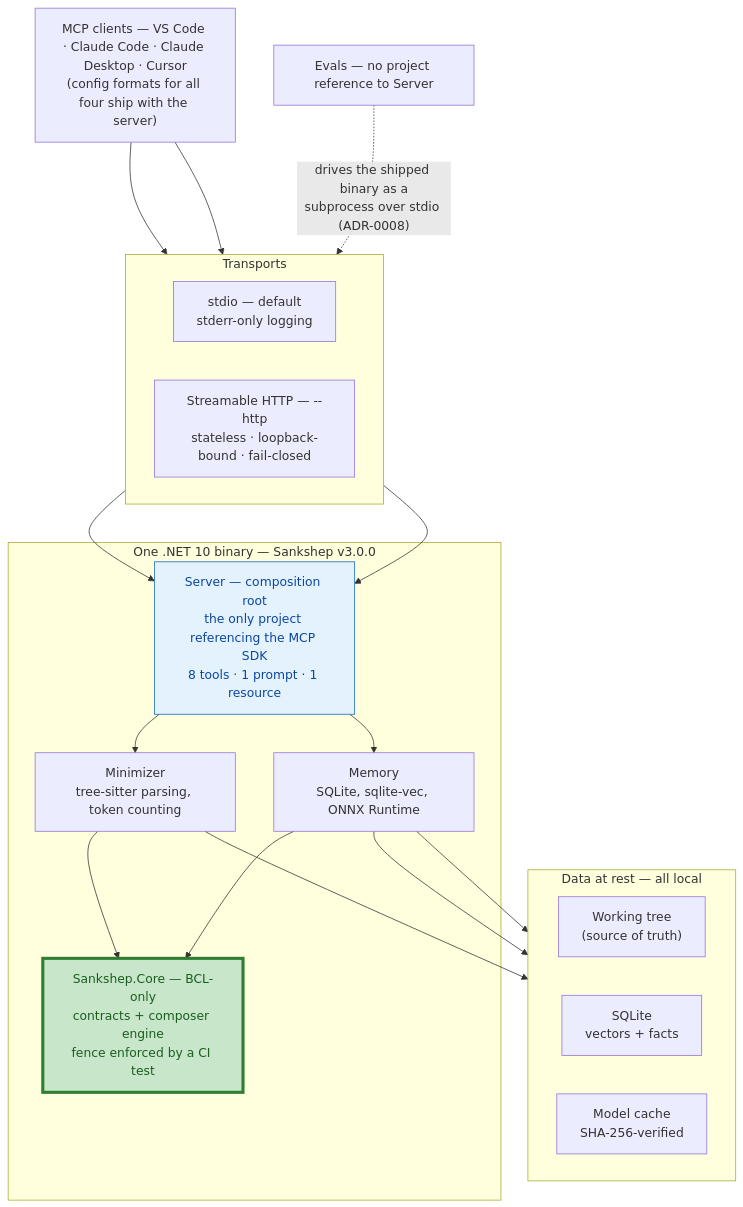
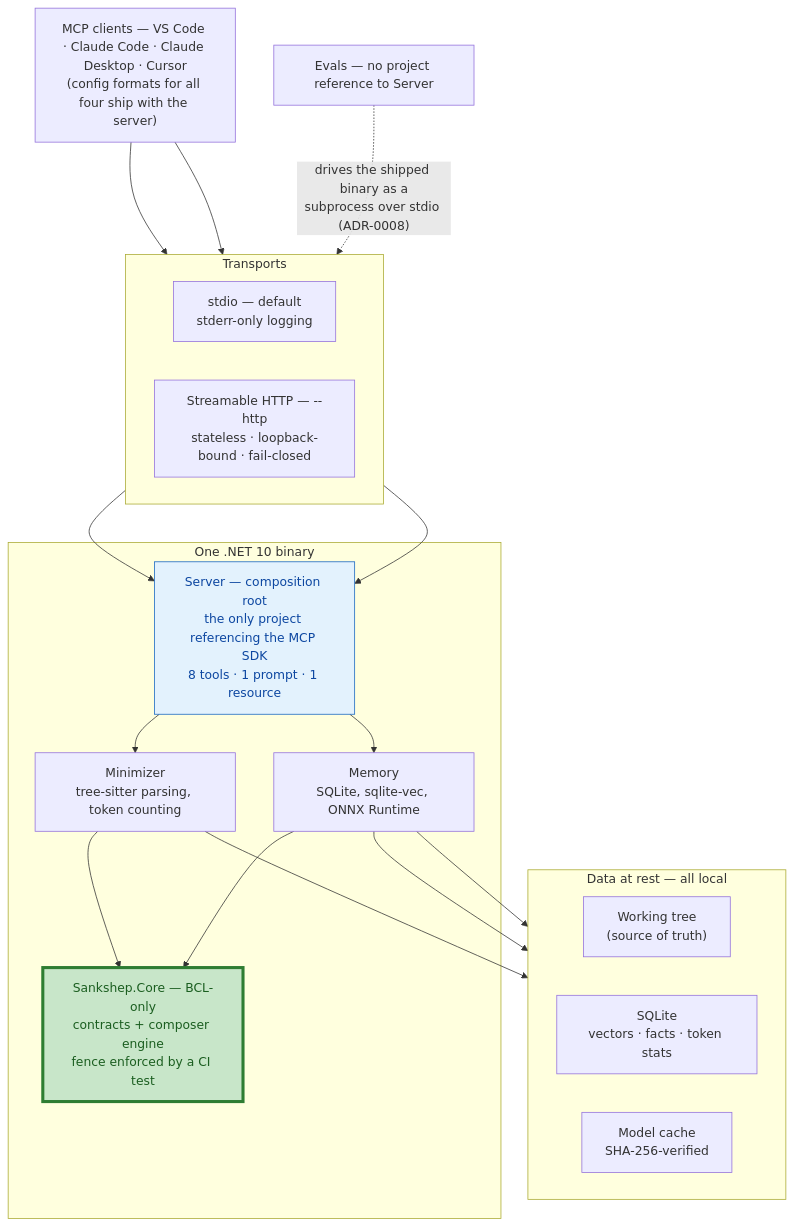
Before and after one commit to nitinpawar28/AI-learn: the first of 3 diagrams in docs/part5-capstone/architecture.md, drawn with Mermaid. The commit also changed other lines of this file and 8 other files, not shown here.

````diff
--- a/docs/part5-capstone/architecture.md
+++ b/docs/part5-capstone/architecture.md
@@ -23,39 +23,39 @@
 ```mermaid
 flowchart TB
     IDE["MCP clients — VS Code · Claude Code · Claude Desktop · Cursor<br/>(config formats for all four ship with the server)"]
     subgraph TRANS["Transports"]
         direction LR
         STDIO["stdio — default<br/>stderr-only logging"]
         HTTP["Streamable HTTP — --http<br/>stateless · loopback-bound · fail-closed"]
     end
-    subgraph BIN["One .NET 10 binary — Sankshep v3.0.0"]
+    subgraph BIN["One .NET 10 binary"]
         SRV["Server — composition root<br/>the only project referencing the MCP SDK<br/>8 tools · 1 prompt · 1 resource"]
         MIN["Minimizer<br/>tree-sitter parsing, token counting"]
         MEM["Memory<br/>SQLite, sqlite-vec, ONNX Runtime"]
         CORE["Sankshep.Core — BCL-only<br/>contracts + composer engine<br/>fence enforced by a CI test"]
         SRV --> MIN
         SRV --> MEM
         MIN --> CORE
         MEM --> CORE
     end
     subgraph STORES["Data at rest — all local"]
         direction LR
         WT["Working tree<br/>(source of truth)"]
-        DB["SQLite<br/>vectors + facts"]
+        DB["SQLite<br/>vectors · facts · token stats"]
         MC["Model cache<br/>SHA-256-verified"]
     end
     EV["Evals — no project reference to Server"]
     IDE --> STDIO
     IDE --> HTTP
     STDIO --> SRV
     HTTP --> SRV
     MIN --> WT
     MEM --> DB
     MEM --> MC
     EV -. "drives the shipped binary as a<br/>subprocess over stdio (ADR-0008)" .-> STDIO
 
     classDef fence fill:#c8e6c9,stroke:#2e7d32,stroke-width:4px,color:#1b5e20;
     classDef edge fill:#e3f2fd,stroke:#1565c0,color:#0d47a1;
     class CORE fence;
     class SRV edge;
 ```
````
